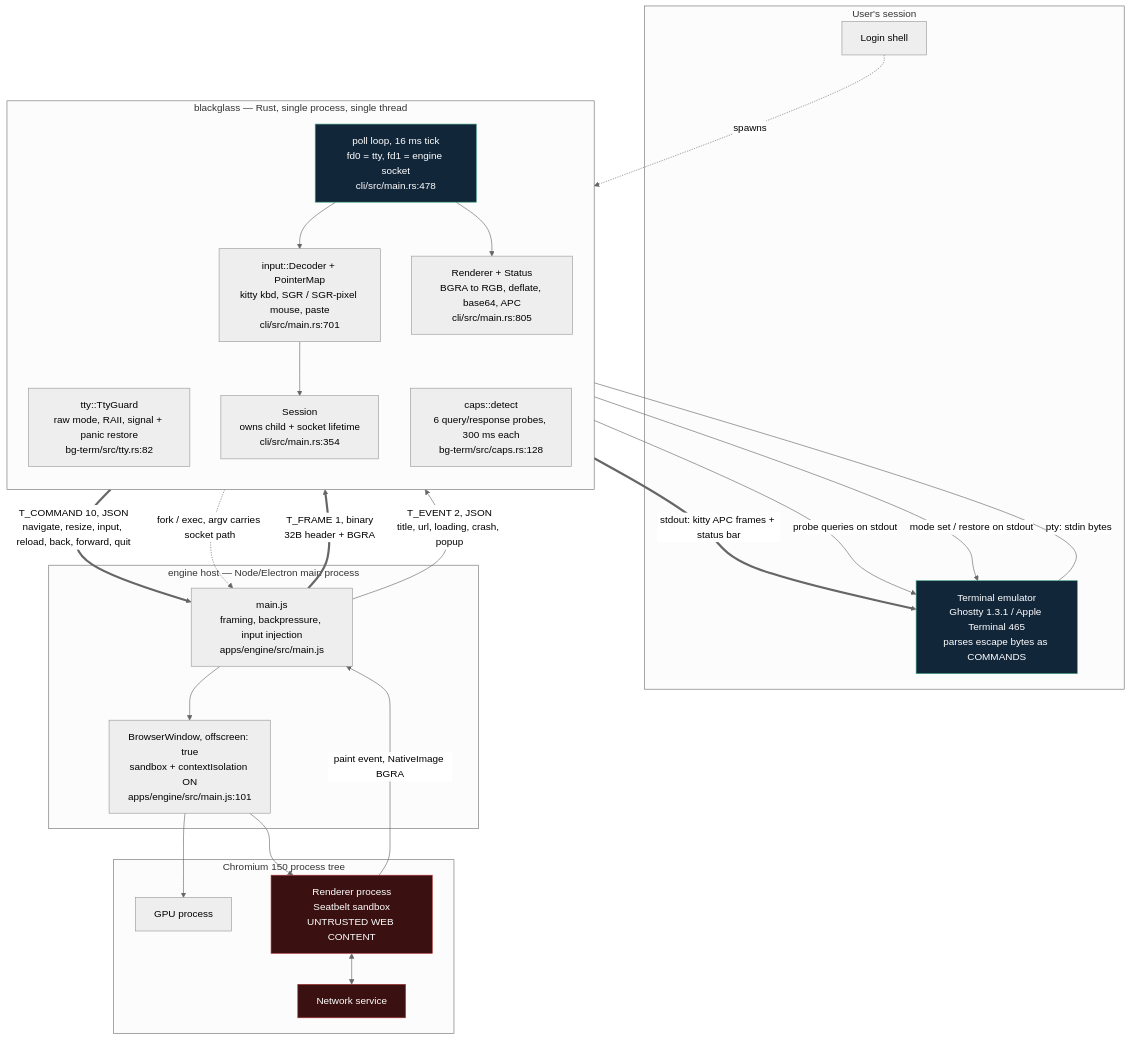
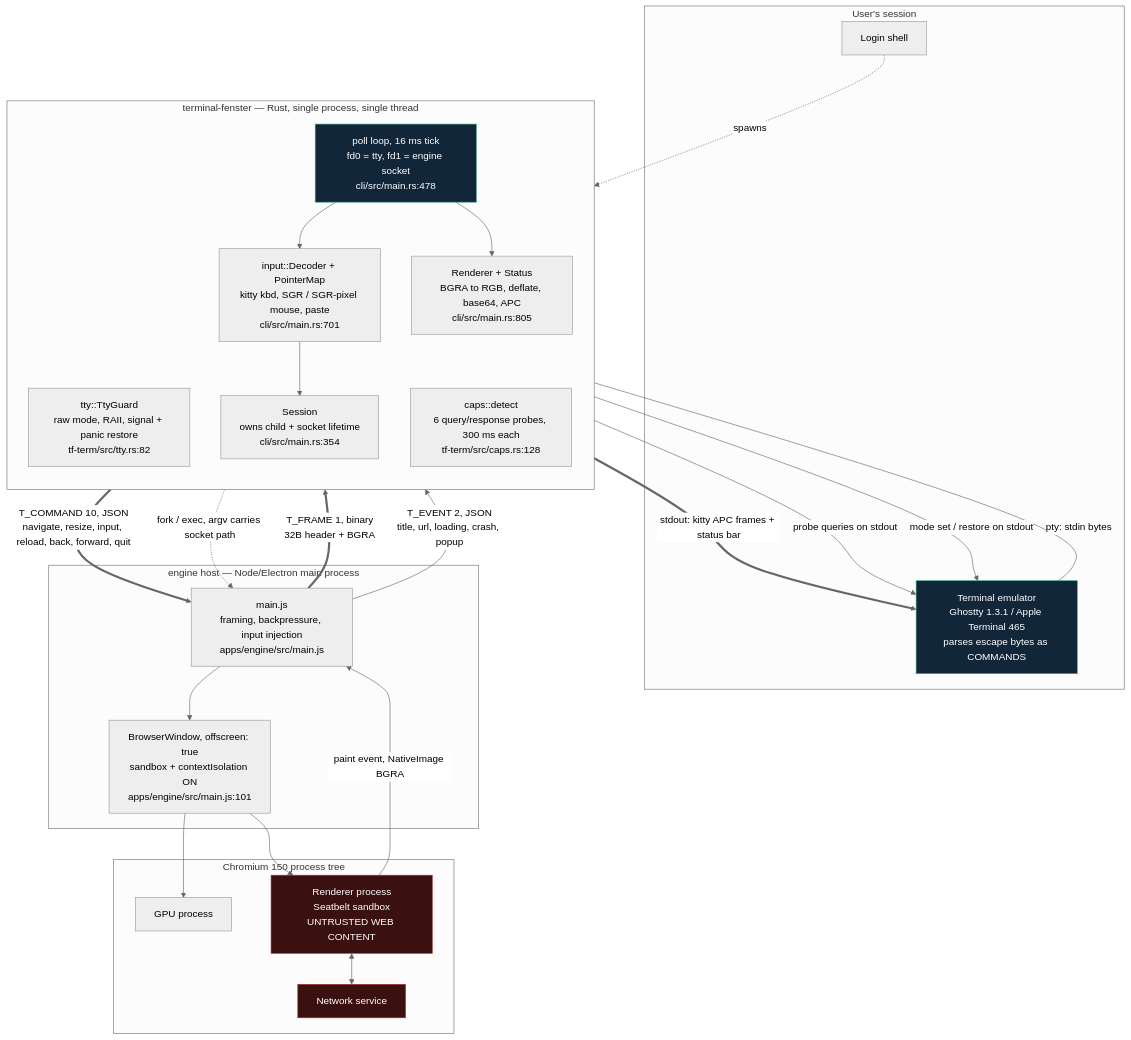
The first of 2 diagrams in artifacts/swarm/B01-architecture-rfc.md (zent7x/terminal-fenster), drawn with Mermaid (neutral theme) before and after one commit. The commit also changed other lines of this file and 188 other files, not shown here.

First line of the commit message:
Prepare Terminal-Fenster for private open-source release.

````diff
--- a/artifacts/swarm/B01-architecture-rfc.md
+++ b/artifacts/swarm/B01-architecture-rfc.md
@@ -56,53 +56,53 @@
 ```mermaid
 flowchart TB
     subgraph USER["User's session"]
         SHELL["Login shell"]
         TERMEMU["Terminal emulator<br/>Ghostty 1.3.1 / Apple Terminal 465<br/>parses escape bytes as COMMANDS"]
     end
 
-    subgraph CORE["blackglass — Rust, single process, single thread"]
+    subgraph CORE["terminal-fenster — Rust, single process, single thread"]
         direction TB
-        TTYG["tty::TtyGuard<br/>raw mode, RAII, signal + panic restore<br/>bg-term/src/tty.rs:82"]
-        CAPS["caps::detect<br/>6 query/response probes, 300 ms each<br/>bg-term/src/caps.rs:128"]
+        TTYG["tty::TtyGuard<br/>raw mode, RAII, signal + panic restore<br/>tf-term/src/tty.rs:82"]
+        CAPS["caps::detect<br/>6 query/response probes, 300 ms each<br/>tf-term/src/caps.rs:128"]
         POLL["poll loop, 16 ms tick<br/>fd0 = tty, fd1 = engine socket<br/>cli/src/main.rs:478"]
         DEC["input::Decoder + PointerMap<br/>kitty kbd, SGR / SGR-pixel mouse, paste<br/>cli/src/main.rs:701"]
         REND["Renderer + Status<br/>BGRA to RGB, deflate, base64, APC<br/>cli/src/main.rs:805"]
         SESS["Session<br/>owns child + socket lifetime<br/>cli/src/main.rs:354"]
     end
 
     subgraph ENGINE["engine host — Node/Electron main process"]
         HOST["main.js<br/>framing, backpressure, input injection<br/>apps/engine/src/main.js"]
         BW["BrowserWindow, offscreen: true<br/>sandbox + contextIsolation ON<br/>apps/engine/src/main.js:101"]
     end
 
     subgraph CHROME["Chromium 150 process tree"]
         GPU["GPU process"]
         RP["Renderer process<br/>Seatbelt sandbox<br/>UNTRUSTED WEB CONTENT"]
         NET["Network service"]
     end
 
     SHELL -.->|spawns| CORE
     TERMEMU ---|"pty: stdin bytes"| POLL
     REND ==>|"stdout: kitty APC frames + status bar"| TERMEMU
     CAPS -->|"probe queries on stdout"| TERMEMU
     TTYG -->|"mode set / restore on stdout"| TERMEMU
 
     POLL --> DEC
     DEC --> SESS
     SESS ==>|"T_COMMAND 10, JSON<br/>navigate, resize, input, reload, back, forward, quit"| HOST
     HOST ==>|"T_FRAME 1, binary<br/>32B header + BGRA"| POLL
     HOST -->|"T_EVENT 2, JSON<br/>title, url, loading, crash, popup"| POLL
     POLL --> REND
 
     SESS -.->|"fork / exec, argv carries socket path"| HOST
     HOST --> BW
     BW --> RP
     BW --> GPU
     RP <--> NET
     RP -->|"paint event, NativeImage BGRA"| HOST
 
     classDef untrusted fill:#3a1010,stroke:#a33,color:#fff
     classDef boundary fill:#12263a,stroke:#4a8,color:#fff
     class RP,NET untrusted
     class TERMEMU,POLL boundary
 ```
````
